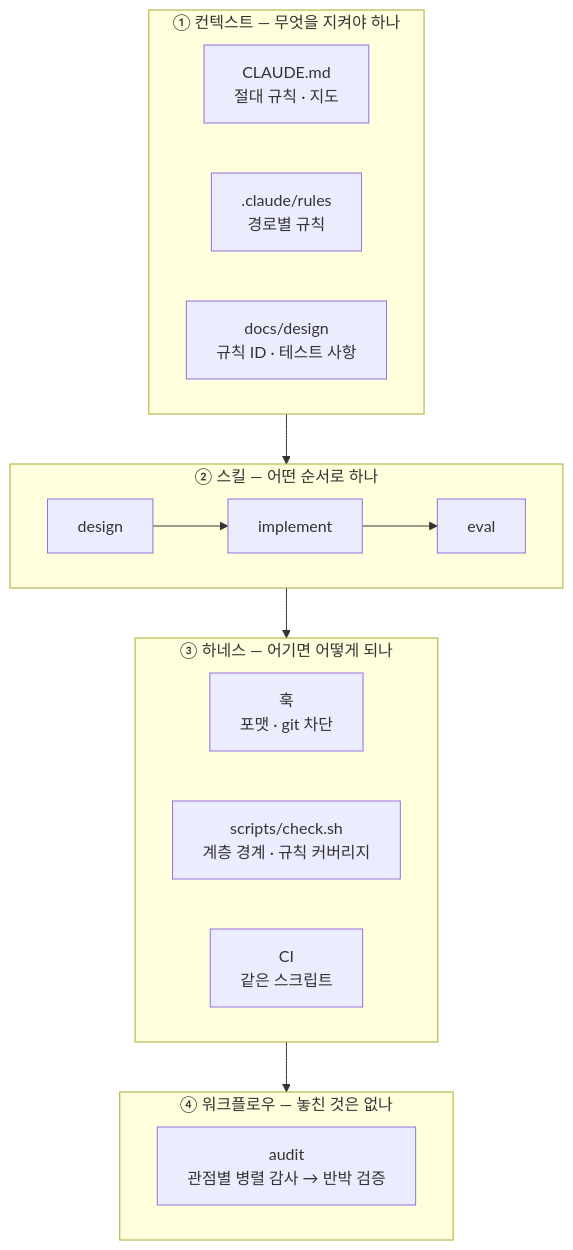
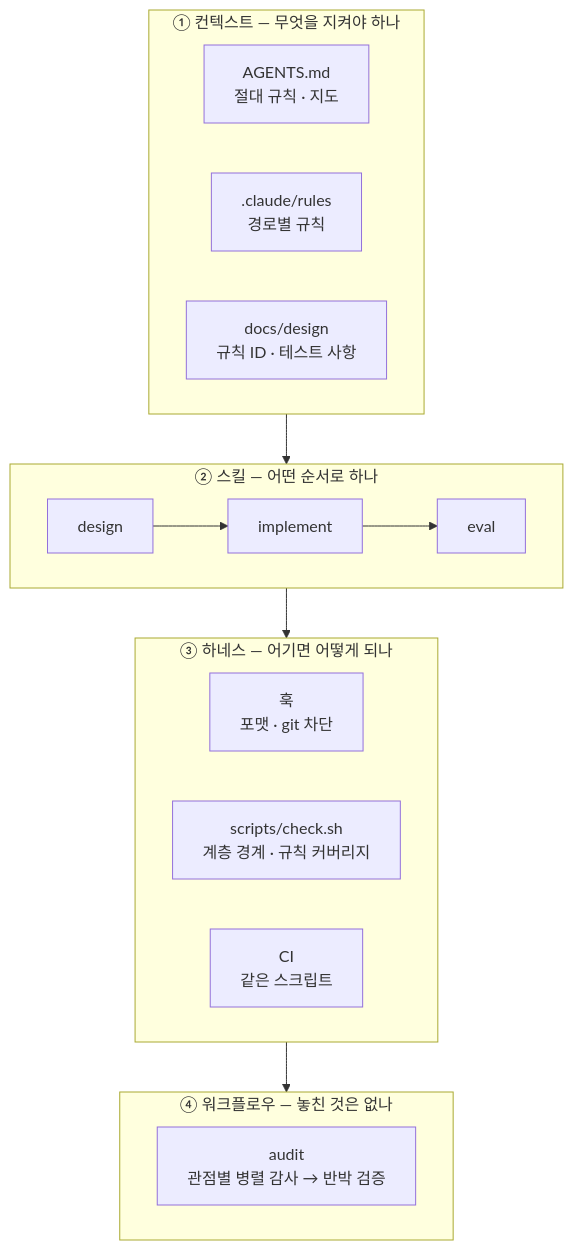
The diagram in docs/agentic-workflow.md (Baboomba/sales-agent), drawn with Mermaid before and after one commit. The commit also changed other lines of this file and 4 other files, not shown here.

````diff
--- a/docs/agentic-workflow.md
+++ b/docs/agentic-workflow.md
@@ -7,20 +7,20 @@
 ```mermaid
 flowchart TB
   subgraph 컨텍스트["① 컨텍스트 — 무엇을 지켜야 하나"]
-    C1[CLAUDE.md<br/>절대 규칙 · 지도]
+    C1[AGENTS.md<br/>절대 규칙 · 지도]
     C2[.claude/rules<br/>경로별 규칙]
     C3[docs/design<br/>규칙 ID · 테스트 사항]
   end
   subgraph 절차["② 스킬 — 어떤 순서로 하나"]
     S1[design] --> S2[implement] --> S3[eval]
   end
   subgraph 장치["③ 하네스 — 어기면 어떻게 되나"]
     H1[훅<br/>포맷 · git 차단]
     H2[scripts/check.sh<br/>계층 경계 · 규칙 커버리지]
     H3[CI<br/>같은 스크립트]
   end
   subgraph 검증["④ 워크플로우 — 놓친 것은 없나"]
     W1[audit<br/>관점별 병렬 감사 → 반박 검증]
   end
   컨텍스트 --> 절차 --> 장치 --> 검증
 ```
````
